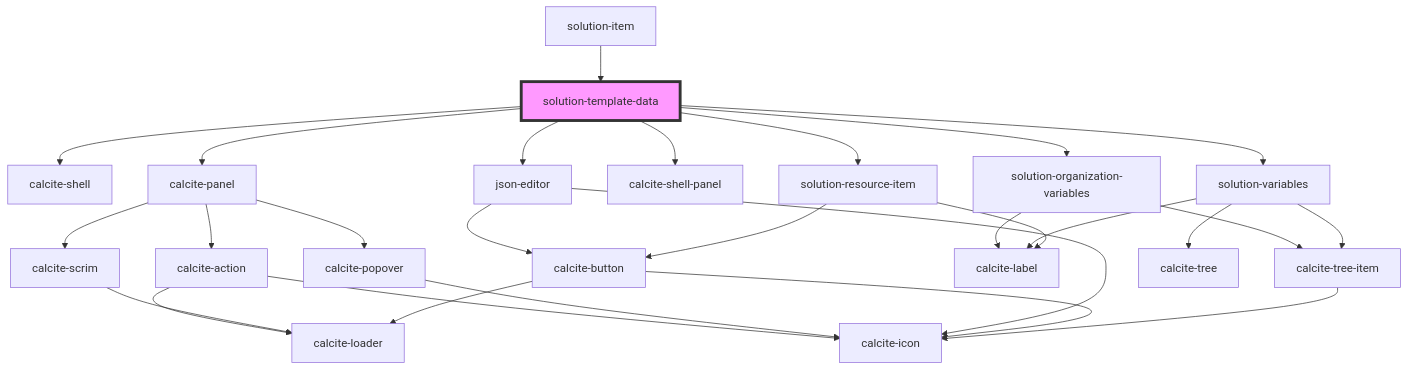
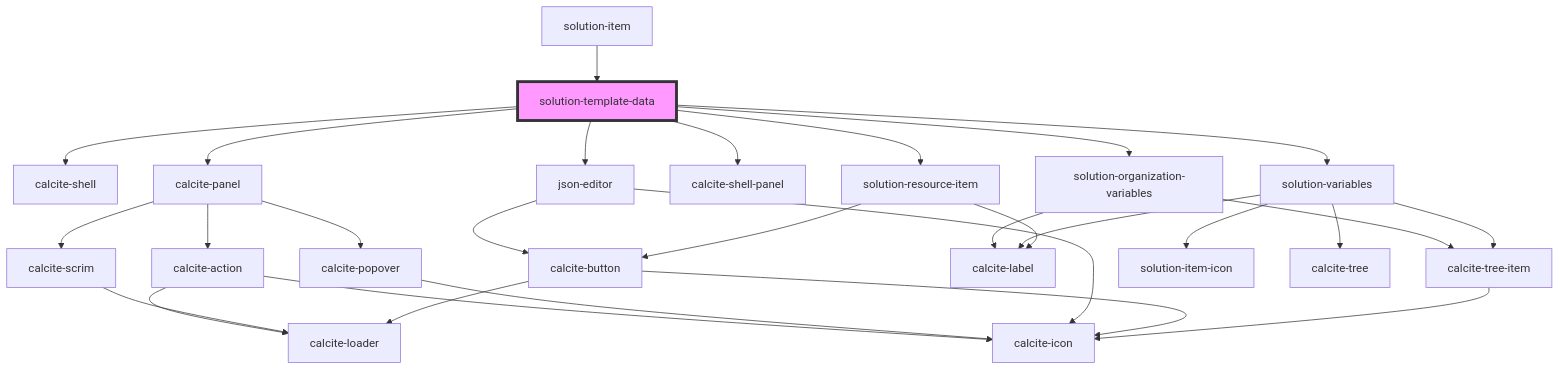
Before and after one commit to Esri/solutions-components: the diagram in src/components/solution-template-data/readme.md, drawn with Mermaid. The commit also changed 20 other files, not shown here.

````diff
--- a/src/components/solution-template-data/readme.md
+++ b/src/components/solution-template-data/readme.md
@@ -38,31 +38,32 @@
 ```mermaid
 graph TD;
   solution-template-data --> calcite-shell
   solution-template-data --> calcite-panel
   solution-template-data --> json-editor
   solution-template-data --> calcite-shell-panel
   solution-template-data --> solution-organization-variables
   solution-template-data --> solution-variables
   solution-template-data --> solution-resource-item
   calcite-panel --> calcite-action
   calcite-panel --> calcite-popover
   calcite-panel --> calcite-scrim
   calcite-action --> calcite-loader
   calcite-action --> calcite-icon
   calcite-popover --> calcite-icon
   calcite-scrim --> calcite-loader
   json-editor --> calcite-button
   json-editor --> calcite-icon
   calcite-button --> calcite-loader
   calcite-button --> calcite-icon
   solution-organization-variables --> calcite-label
   solution-organization-variables --> calcite-tree-item
   calcite-tree-item --> calcite-icon
   solution-variables --> calcite-label
   solution-variables --> calcite-tree-item
+  solution-variables --> solution-item-icon
   solution-variables --> calcite-tree
   solution-resource-item --> calcite-label
   solution-resource-item --> calcite-button
   solution-item --> solution-template-data
   style solution-template-data fill:#f9f,stroke:#333,stroke-width:4px
 ```
````
